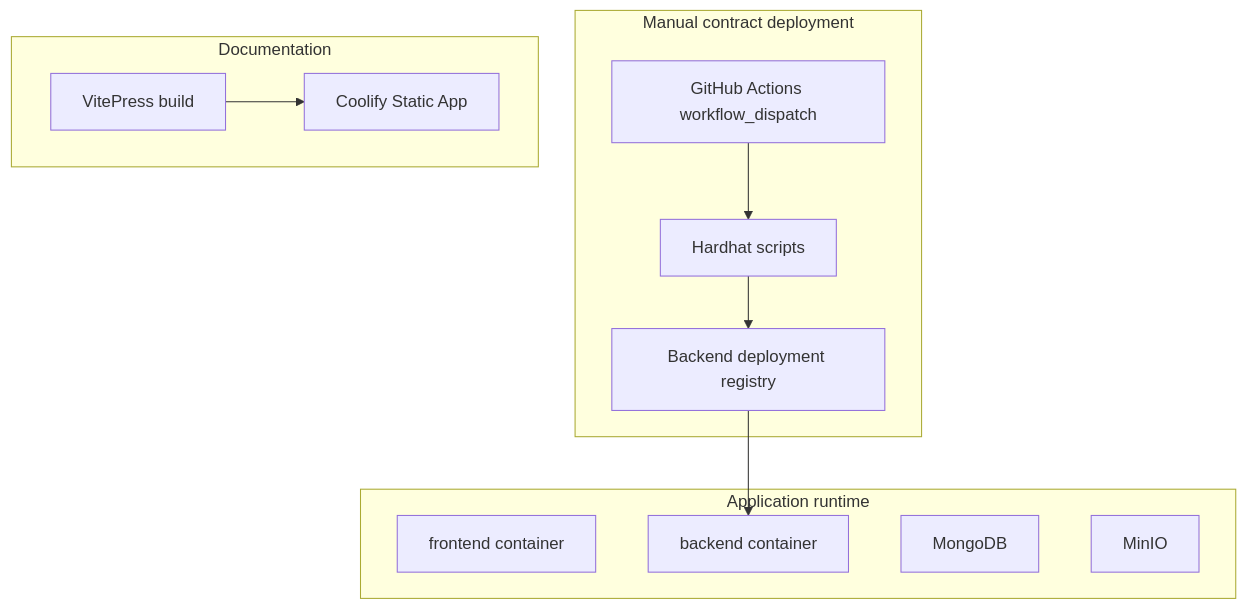
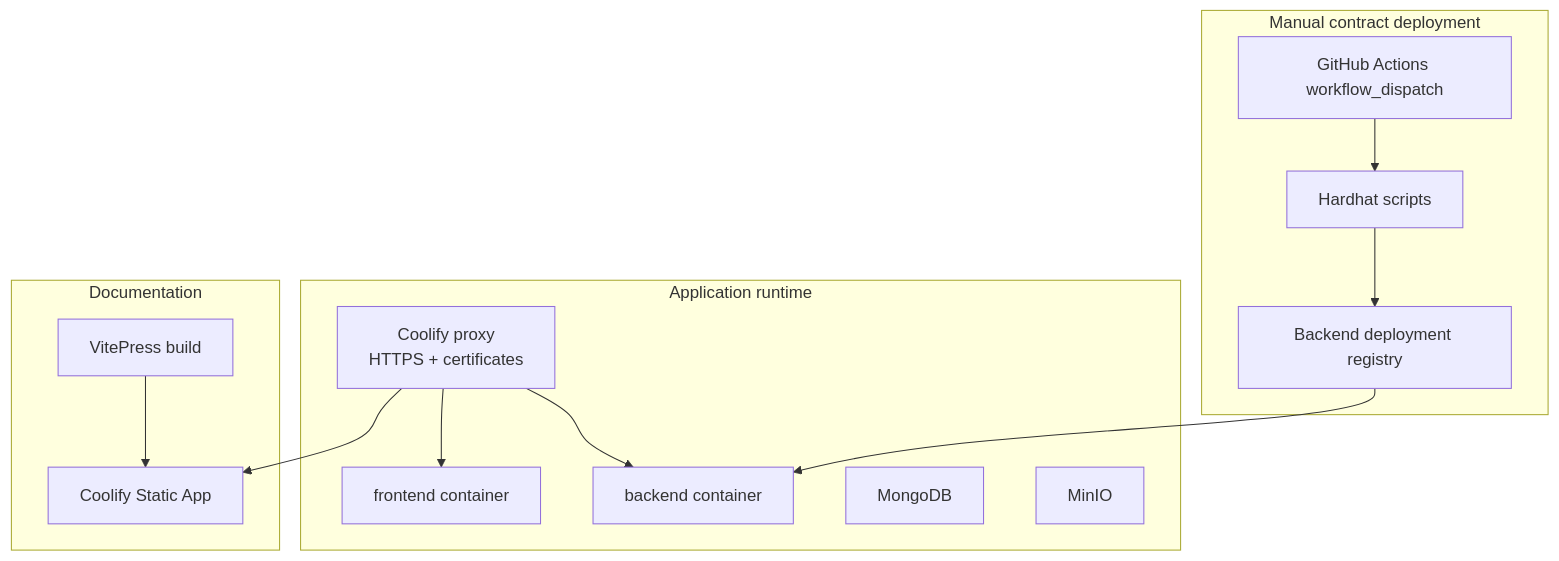
Before and after one commit to akhmetovKamil/useContent: the diagram in documentation/deployment/environments.md, drawn with Mermaid. The commit also changed other lines of this file and 4 other files, not shown here.

````diff
--- a/documentation/deployment/environments.md
+++ b/documentation/deployment/environments.md
@@ -7,25 +7,29 @@
 ```mermaid
 flowchart TD
     subgraph Runtime["Application runtime"]
+        Proxy["Coolify proxy<br/>HTTPS + certificates"]
         Frontend["frontend container"]
         Backend["backend container"]
         Mongo["MongoDB"]
         MinIO["MinIO"]
     end
 
     subgraph Contracts["Manual contract deployment"]
         Workflow["GitHub Actions workflow_dispatch"]
         Hardhat["Hardhat scripts"]
         Registry["Backend deployment registry"]
     end
 
     subgraph Docs["Documentation"]
         VitePress["VitePress build"]
         Static["Coolify Static App"]
     end
 
+    Proxy --> Frontend
+    Proxy --> Backend
+    Proxy --> Static
     Workflow --> Hardhat
     Hardhat --> Registry
     Registry --> Backend
     VitePress --> Static
 ```
````
